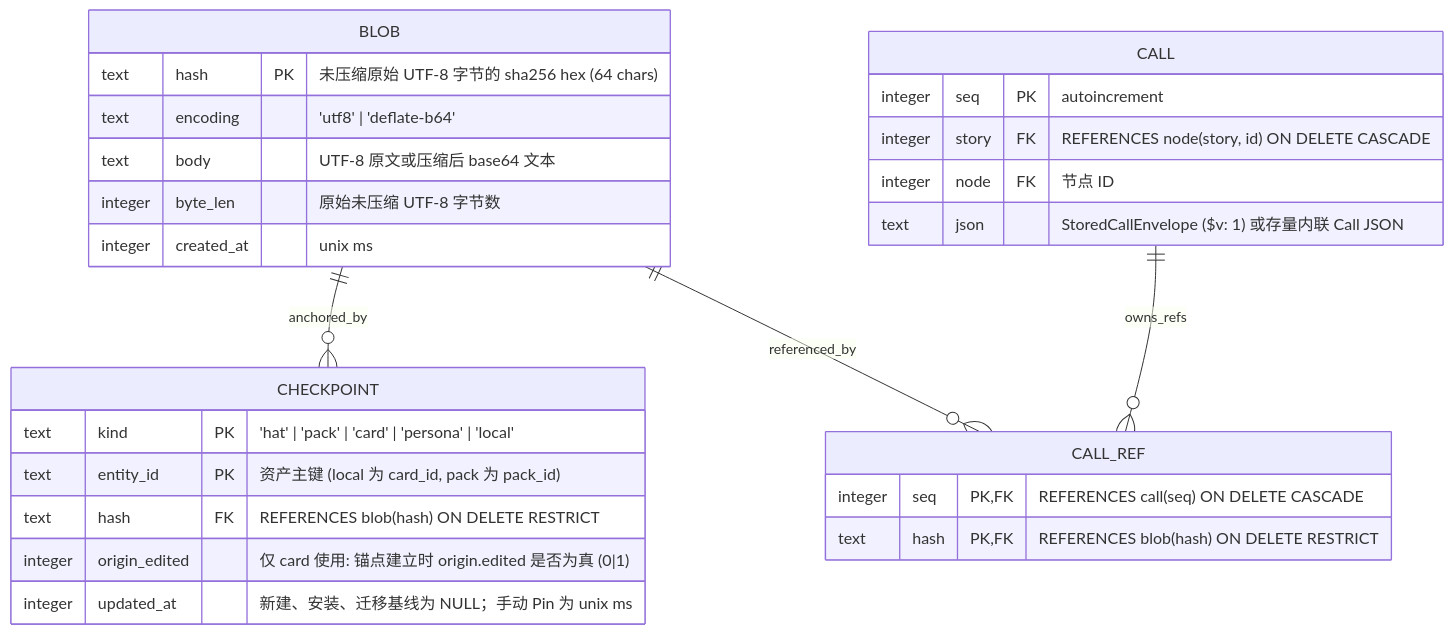
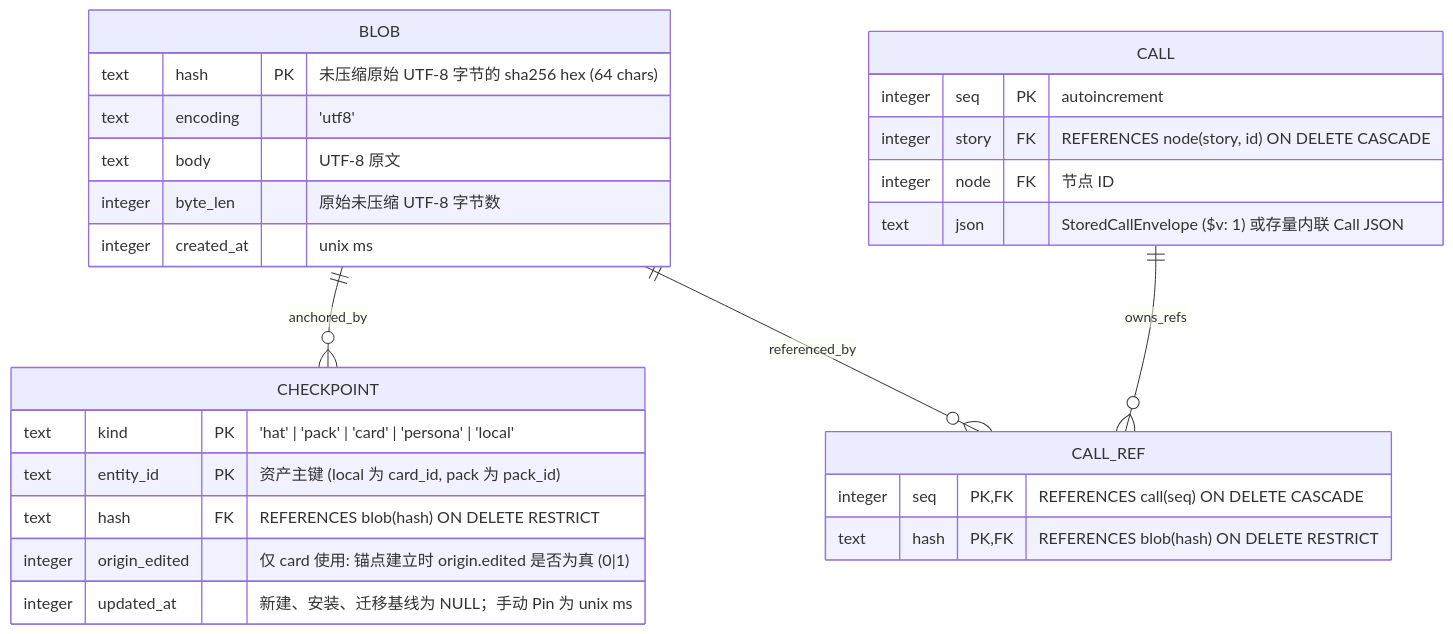
One commit to piepiaspace/effect-tavern changed the fourth of 4 diagrams in docs/storage-brief.md. Above: the diagram before and after it, drawn with Mermaid. The commit also changed other lines of this file and 10 other files, not shown here.

````diff
--- a/docs/storage-brief.md
+++ b/docs/storage-brief.md
@@ -162,34 +162,34 @@
 ```mermaid
 erDiagram
   BLOB {
     text hash PK "未压缩原始 UTF-8 字节的 sha256 hex (64 chars)"
-    text encoding "'utf8' | 'deflate-b64'"
-    text body "UTF-8 原文或压缩后 base64 文本"
+    text encoding "'utf8'"
+    text body "UTF-8 原文"
     integer byte_len "原始未压缩 UTF-8 字节数"
     integer created_at "unix ms"
   }
 
   CHECKPOINT {
     text kind PK "'hat' | 'pack' | 'card' | 'persona' | 'local'"
     text entity_id PK "资产主键 (local 为 card_id, pack 为 pack_id)"
     text hash FK "REFERENCES blob(hash) ON DELETE RESTRICT"
     integer origin_edited "仅 card 使用: 锚点建立时 origin.edited 是否为真 (0|1)"
     integer updated_at "新建、安装、迁移基线为 NULL；手动 Pin 为 unix ms"
   }
 
   CALL {
     integer seq PK "autoincrement"
     integer story FK "REFERENCES node(story, id) ON DELETE CASCADE"
     integer node FK "节点 ID"
     text json "StoredCallEnvelope ($v: 1) 或存量内联 Call JSON"
   }
 
   CALL_REF {
     integer seq PK,FK "REFERENCES call(seq) ON DELETE CASCADE"
     text hash PK,FK "REFERENCES blob(hash) ON DELETE RESTRICT"
   }
 
   BLOB ||--o{ CHECKPOINT : "anchored_by"
   BLOB ||--o{ CALL_REF : "referenced_by"
   CALL ||--o{ CALL_REF : "owns_refs"
 ```
````
